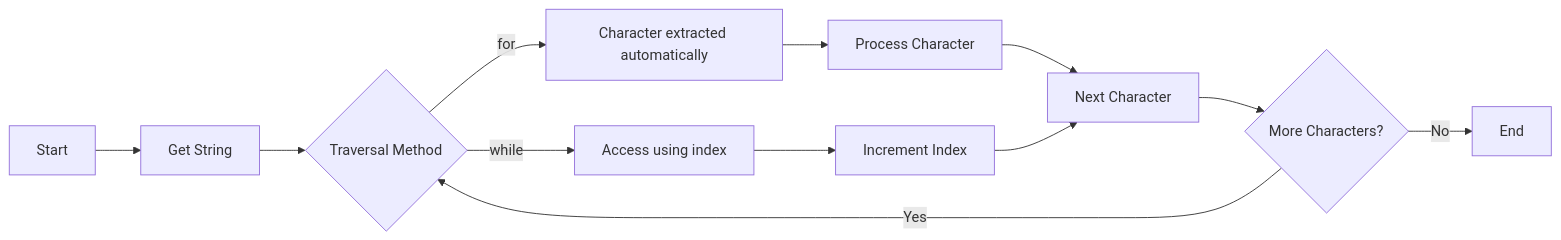
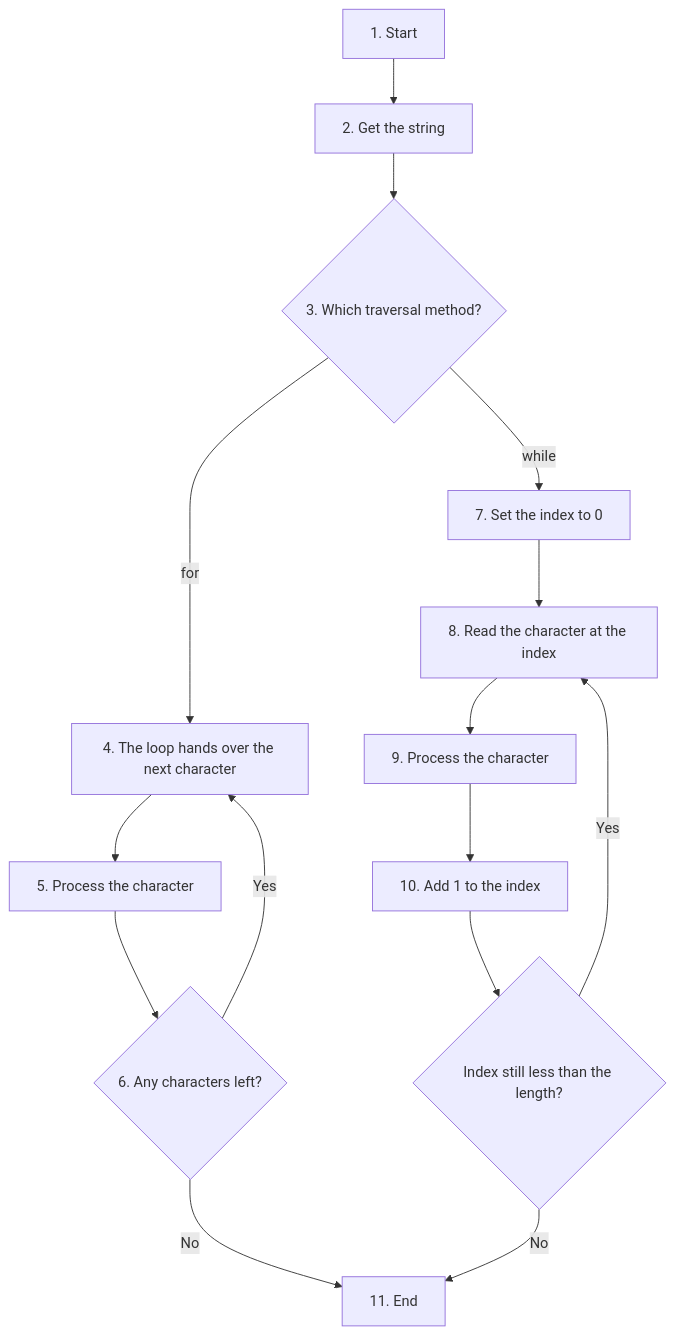
One commit to ag999git/001-mkdocs changed the sixth of 18 diagrams in docs/17-strings/080-ch17-conceptual-qa.md. Above: the diagram before and after it, drawn with Mermaid. The commit also changed other lines of this file, not shown here.

Commit message:
Sync: Added index.md and updated chapters

````diff
--- a/docs/17-strings/080-ch17-conceptual-qa.md
+++ b/docs/17-strings/080-ch17-conceptual-qa.md
@@ -682,25 +1541,17 @@
 ```mermaid
-flowchart LR
-
-A["Start"] --> B["Get String"]
-
-B --> C{"Traversal Method"}
-
-C -->|for| D["Character extracted automatically"]
-
-C -->|while| E["Access using index"]
-
-D --> F["Process Character"]
-
-E --> G["Increment Index"]
-
-F --> H["Next Character"]
-
-G --> H
-
-H --> I{"More Characters?"}
-
-I -->|Yes| C
-
-I -->|No| J["End"]
+flowchart TD
+    A["1. Start"] --> B["2. Get the string"]
+    B --> C{"3. Which traversal method?"}
+    C -->|"for"| D["4. The loop hands over the next character"]
+    D --> E["5. Process the character"]
+    E --> F{"6. Any characters left?"}
+    F -->|"Yes"| D
+    F -->|"No"| L["11. End"]
+    C -->|"while"| G["7. Set the index to 0"]
+    G --> H["8. Read the character at the index"]
+    H --> I["9. Process the character"]
+    I --> J["10. Add 1 to the index"]
+    J --> K{"Index still less than the length?"}
+    K -->|"Yes"| H
+    K -->|"No"| L
 ```
````
